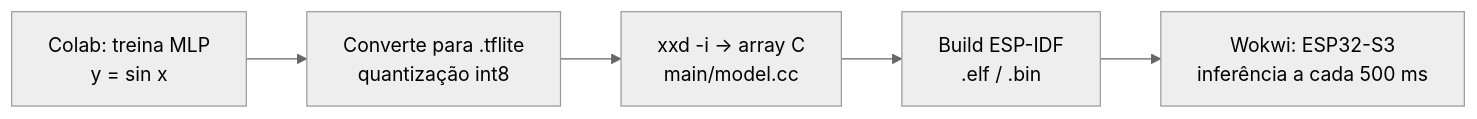
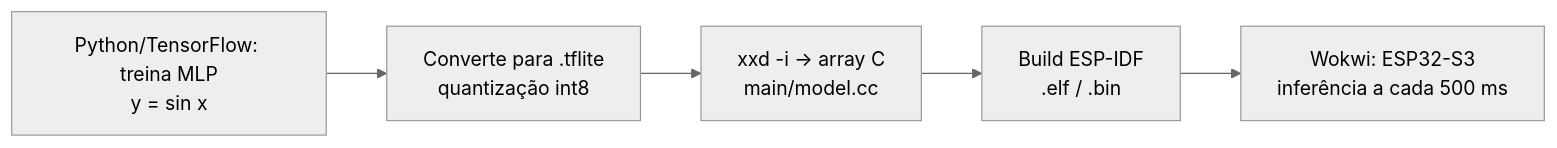
Before and after one commit to reynancs/pratica-04-hello-world: the diagram in RELATORIO.md, drawn with Mermaid (neutral theme). The commit also changed other lines of this file and 4 other files, not shown here.

````diff
--- a/RELATORIO.md
+++ b/RELATORIO.md
@@ -37,7 +37,7 @@
 ```mermaid
 flowchart LR
-    A[Colab: treina MLP<br/>y = sin x] --> B[Converte para .tflite<br/>quantização int8]
+    A[Python/TensorFlow: treina MLP<br/>y = sin x] --> B[Converte para .tflite<br/>quantização int8]
     B --> C[xxd -i → array C<br/>main/model.cc]
     C --> D[Build ESP-IDF<br/>.elf / .bin]
     D --> E[Wokwi: ESP32-S3<br/>inferência a cada 500 ms]
 ```
````
